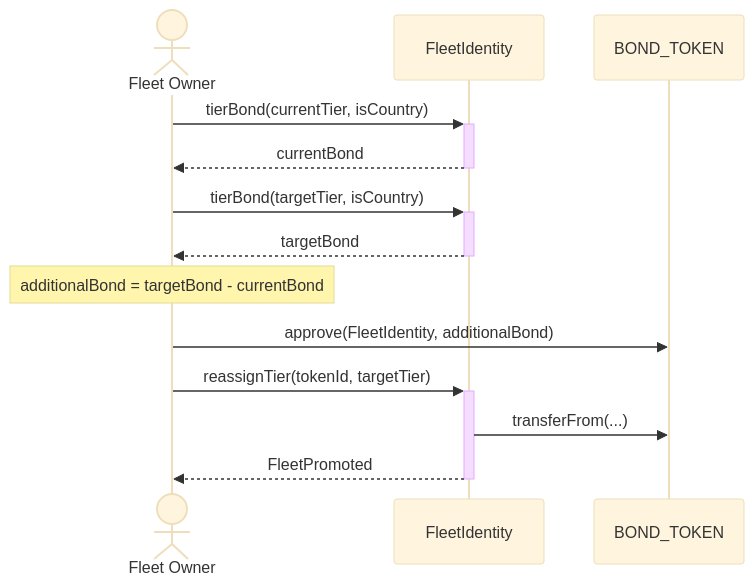
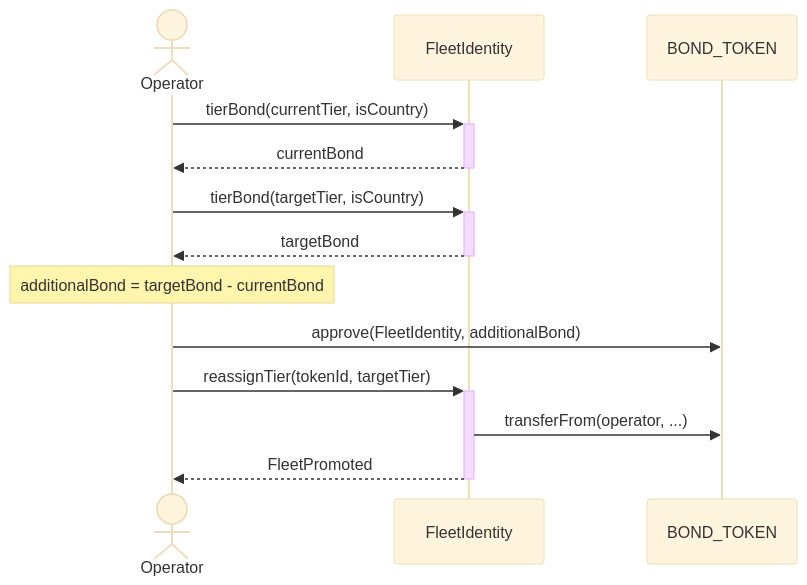
One commit to NodleCode/rollup changed the second of 2 diagrams in src/swarms/doc/maintenance.md. Above: the diagram before and after it, drawn with Mermaid (base theme). The commit also changed other lines of this file and 7 other files, not shown here.

````diff
--- a/src/swarms/doc/maintenance.md
+++ b/src/swarms/doc/maintenance.md
@@ -125,18 +125,18 @@
 ```mermaid
 sequenceDiagram
-    actor FO as Fleet Owner
+    actor OP as Operator
     participant FI as FleetIdentity
     participant TOKEN as BOND_TOKEN
 
-    FO->>+FI: tierBond(currentTier, isCountry)
-    FI-->>-FO: currentBond
-    FO->>+FI: tierBond(targetTier, isCountry)
-    FI-->>-FO: targetBond
+    OP->>+FI: tierBond(currentTier, isCountry)
+    FI-->>-OP: currentBond
+    OP->>+FI: tierBond(targetTier, isCountry)
+    FI-->>-OP: targetBond
 
-    Note over FO: additionalBond = targetBond - currentBond
+    Note over OP: additionalBond = targetBond - currentBond
 
-    FO->>TOKEN: approve(FleetIdentity, additionalBond)
-    FO->>+FI: reassignTier(tokenId, targetTier)
-    FI->>TOKEN: transferFrom(...)
-    FI-->>-FO: FleetPromoted
+    OP->>TOKEN: approve(FleetIdentity, additionalBond)
+    OP->>+FI: reassignTier(tokenId, targetTier)
+    FI->>TOKEN: transferFrom(operator, ...)
+    FI-->>-OP: FleetPromoted
 ```
````
